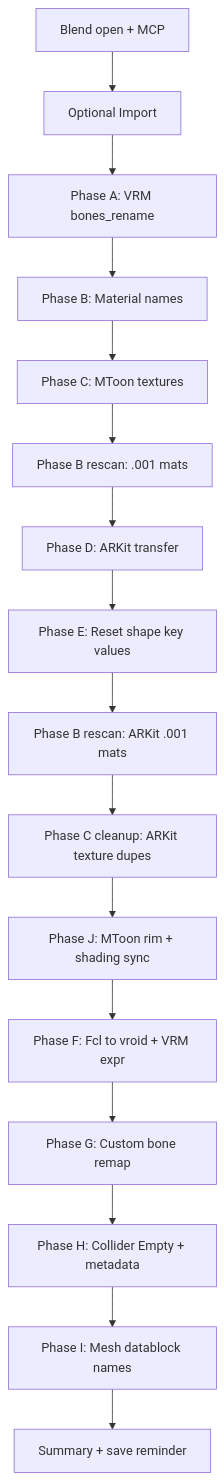
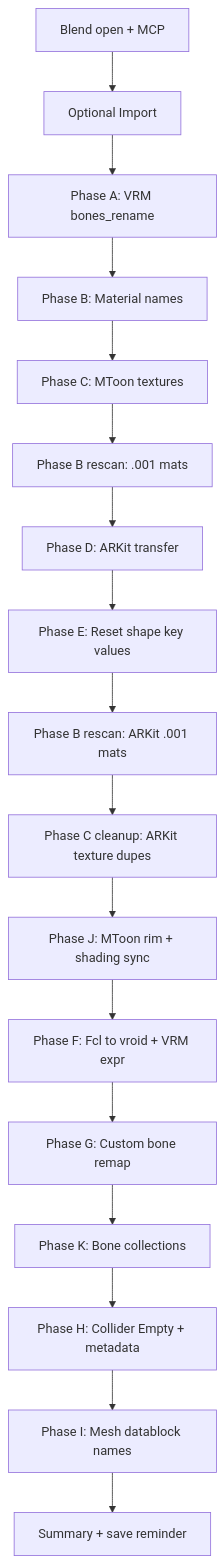
The diagram in skills/vroid-vrm-blender-cleanup/SKILL.md (miramocha/blender-skills-and-rules), drawn with Mermaid before and after one commit. The commit also changed other lines of this file and 6 other files, not shown here.

First line of the commit message:
Add bone collection skill and wire Phase K into cleanup pipeline.

````diff
--- a/skills/vroid-vrm-blender-cleanup/SKILL.md
+++ b/skills/vroid-vrm-blender-cleanup/SKILL.md
@@ -70,21 +71,22 @@
 ```mermaid
 flowchart TD
   start[Blend open + MCP]
   optImport[Optional Import]
   pA[Phase A: VRM bones_rename]
   pB[Phase B: Material names]
   pC[Phase C: MToon textures]
   pB2[Phase B rescan: .001 mats]
   pD[Phase D: ARKit transfer]
   pE[Phase E: Reset shape key values]
   pB3[Phase B rescan: ARKit .001 mats]
   pC2[Phase C cleanup: ARKit texture dupes]
   pJ[Phase J: MToon rim + shading sync]
   pF[Phase F: Fcl to vroid + VRM expr]
   pG[Phase G: Custom bone remap]
+  pK[Phase K: Bone collections]
   pH[Phase H: Collider Empty + metadata]
   pI[Phase I: Mesh datablock names]
   done[Summary + save reminder]
 
-  start --> optImport --> pA --> pB --> pC --> pB2 --> pD --> pE --> pB3 --> pC2 --> pJ --> pF --> pG --> pH --> pI --> done
+  start --> optImport --> pA --> pB --> pC --> pB2 --> pD --> pE --> pB3 --> pC2 --> pJ --> pF --> pG --> pK --> pH --> pI --> done
 ```
````
